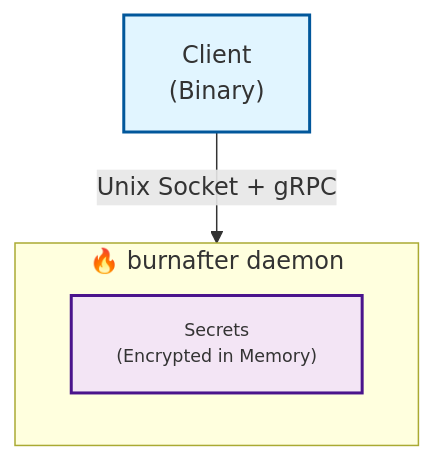
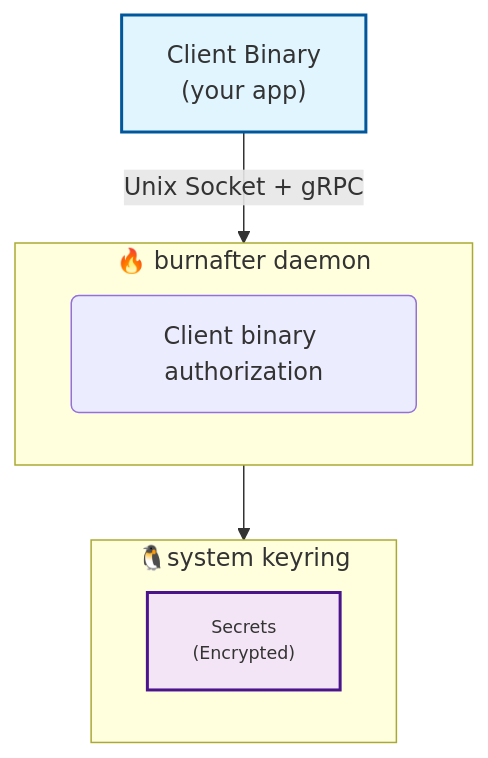
The diagram in README.md (carabiner-dev/burnafter), drawn with Mermaid before and after one commit. The commit also changed other lines of this file and 1 other file, not shown here.

Commit message:
Update readme and diagram with keyring

````diff
--- a/README.md
+++ b/README.md
@@ -42,12 +44,17 @@
 ```mermaid
 graph TD
-    Client["Client<br/>(Binary)"]
+    Client["Client Binary<br/>(your app)"]
     subgraph daemon["🔥 burnafter daemon"]
-      Secrets["Secrets<br/>(Encrypted in Memory)"]
+      Auth(Client binary authorization)
+    end
+
+    subgraph keyring["🐧system keyring"]
+      Secrets["Secrets<br/>(Encrypted)"]
     end
 
     Client -->|Unix Socket + gRPC| daemon
+    daemon --> keyring
 
     style Client fill:#e1f5ff,stroke:#01579b,stroke-width:2px
     style Secrets font-size:0.9em,fill:#f3e5f5,stroke:#4a148c,stroke-width:2px
 ```
````
